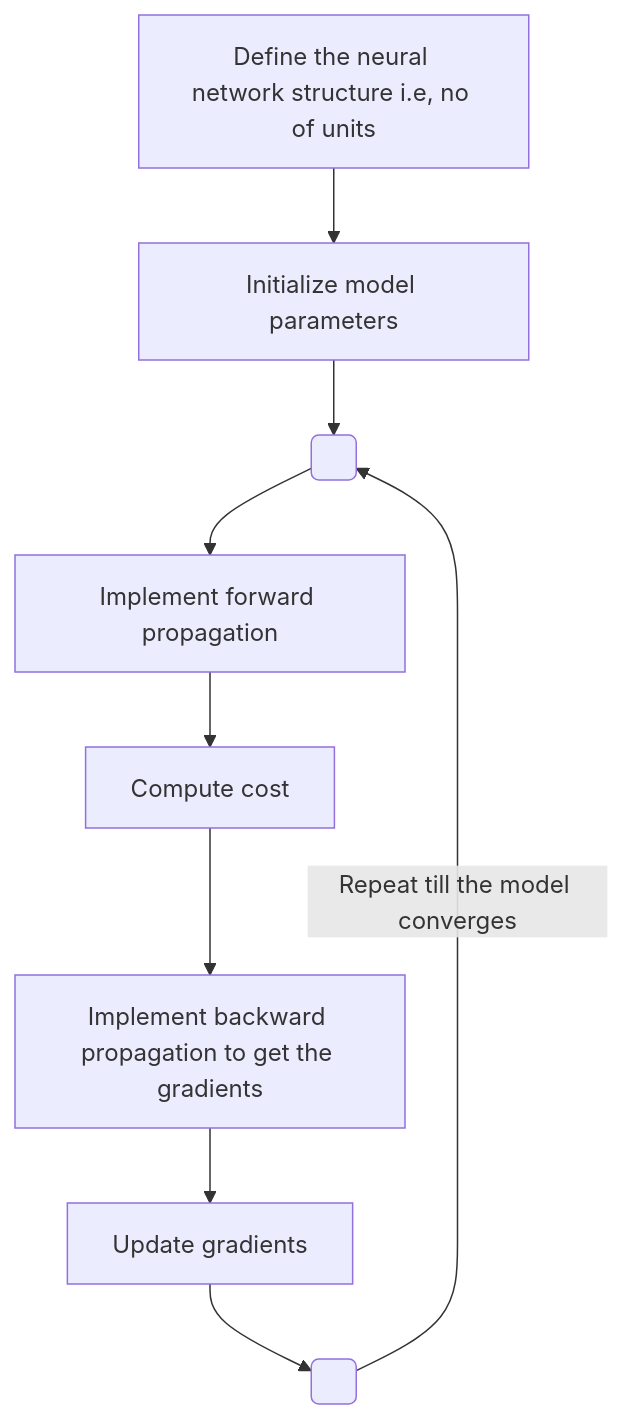
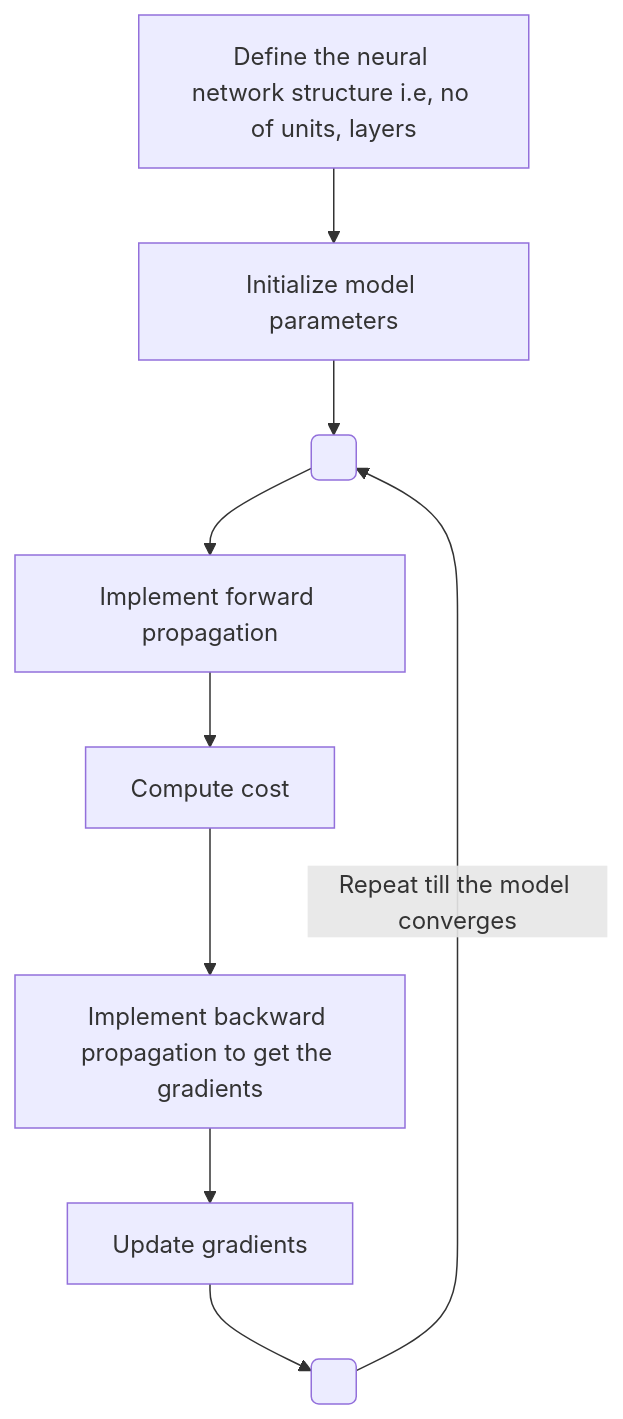
One commit to sabbiu/sabbiushah.com.np changed the diagram in content/blog/all-about-neural-network.md. Above: the diagram before and after it, drawn with Mermaid. The commit also changed other lines of this file and 7 other files, not shown here.

````diff
--- a/content/blog/all-about-neural-network.md
+++ b/content/blog/all-about-neural-network.md
@@ -30,11 +30,11 @@
 ```mermaid
 graph TD
-  A[Define the neural network structure i.e, no of units] --> B[Initialize model parameters]
+  A[Define the neural network structure i.e, no of units, layers] --> B[Initialize model parameters]
   B --> C( )
   C --> D[Implement forward propagation]
   D --> E[Compute cost]
   E --> F[Implement backward propagation to get the gradients]
   F --> G[Update gradients]
   G --> H( )
   H --> |Repeat till the model converges| C
 ```
````
